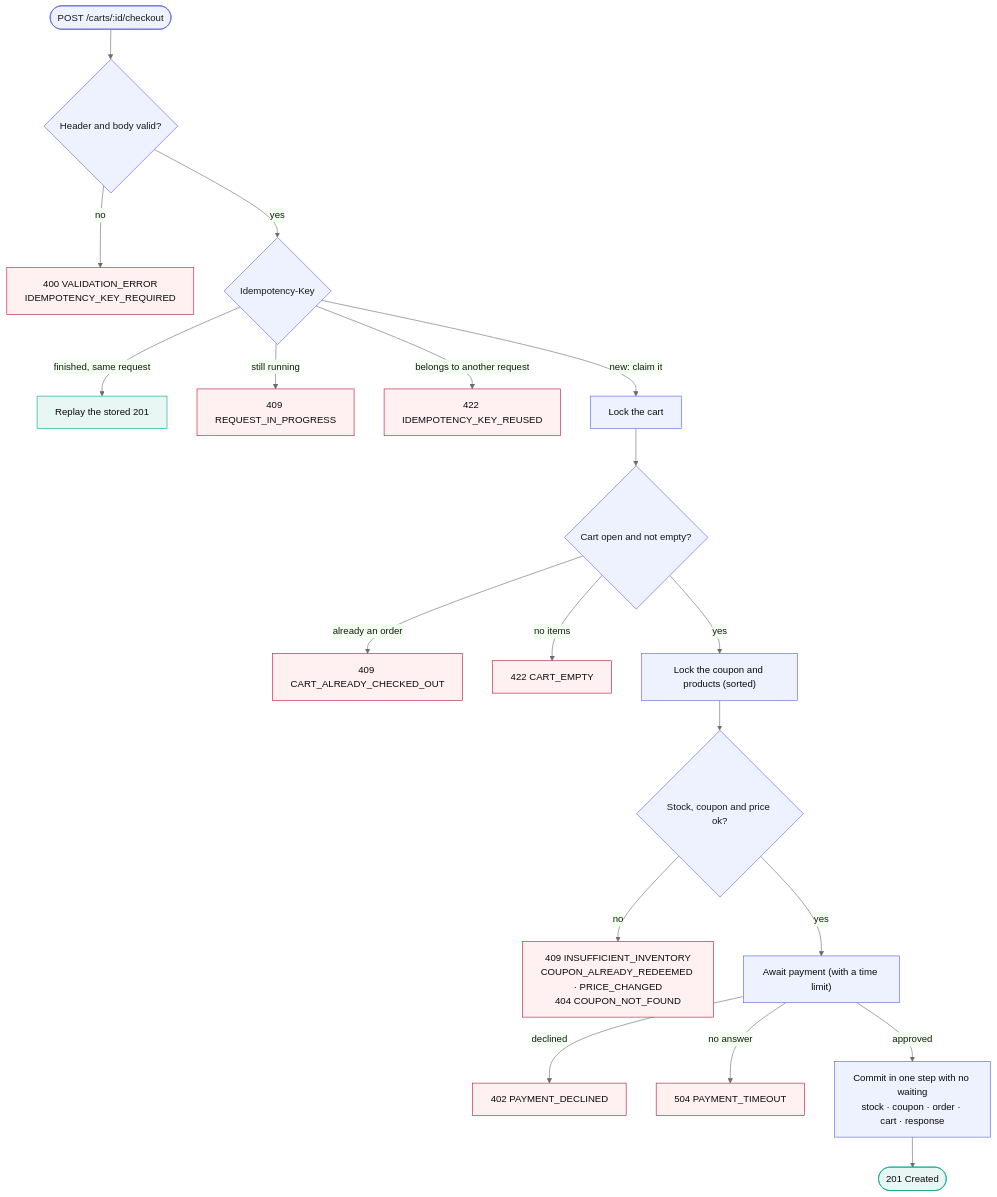
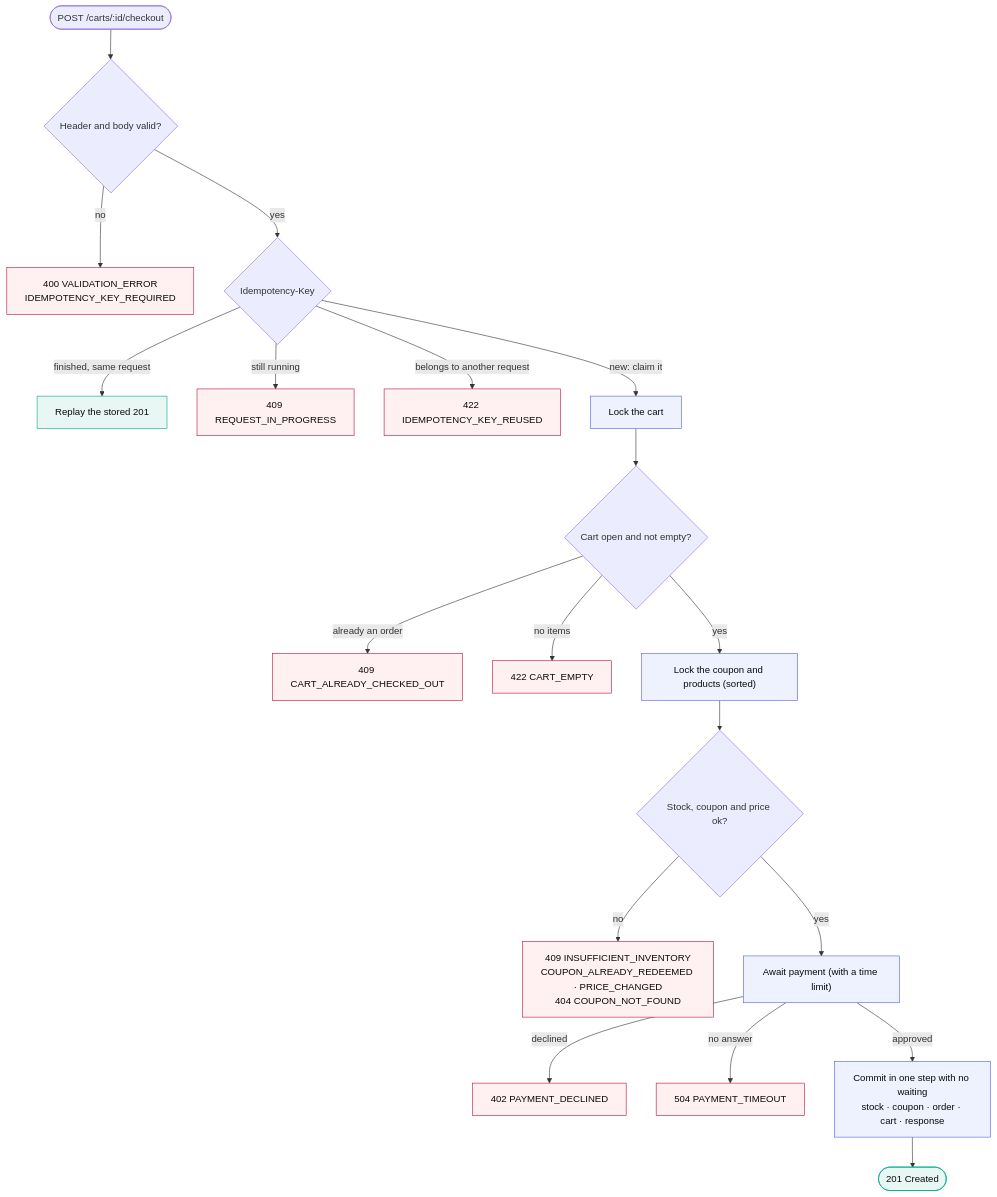
One commit to rahuljhas/ublinox changed the fourth of 9 diagrams in DECISIONS.md. Above: the diagram before and after it, drawn with Mermaid. The commit also changed other lines of this file, not shown here.

Commit message:
Make diagrams readable in light and dark mode: let arrows and labels follow the viewer's theme

````diff
--- a/DECISIONS.md
+++ b/DECISIONS.md
@@ -427,28 +427,28 @@
 ```mermaid
-%%{init: {'theme': 'base', 'themeVariables': {'primaryColor': '#eef2ff', 'primaryBorderColor': '#5a5fe5', 'primaryTextColor': '#18181b', 'lineColor': '#6b6b73'}}}%%
+%%{init: {'themeVariables': {'primaryColor': '#eef2ff', 'primaryBorderColor': '#5a5fe5', 'primaryTextColor': '#18181b', 'clusterBkg': 'transparent', 'clusterBorder': '#8c8ca1', 'actorBkg': '#eef2ff', 'actorBorder': '#5a5fe5', 'actorTextColor': '#18181b', 'noteBkgColor': '#fff7ed', 'noteBorderColor': '#c2410c', 'noteTextColor': '#18181b'}}}%%
 flowchart TD
   A(["POST /carts/:id/checkout"]) --> B{"Header and body valid?"}
   B -- "no" --> E1["400 VALIDATION_ERROR<br/>IDEMPOTENCY_KEY_REQUIRED"]
   B -- "yes" --> C{"Idempotency-Key"}
   C -- "finished, same request" --> R1["Replay the stored 201"]
   C -- "still running" --> E2["409 REQUEST_IN_PROGRESS"]
   C -- "belongs to another request" --> E3["422 IDEMPOTENCY_KEY_REUSED"]
   C -- "new: claim it" --> D["Lock the cart"]
   D --> F{"Cart open and not empty?"}
   F -- "already an order" --> E4["409 CART_ALREADY_CHECKED_OUT"]
   F -- "no items" --> E5["422 CART_EMPTY"]
   F -- "yes" --> G["Lock the coupon and products (sorted)"]
   G --> H{"Stock, coupon and price ok?"}
   H -- "no" --> E6["409 INSUFFICIENT_INVENTORY<br/>COUPON_ALREADY_REDEEMED · PRICE_CHANGED<br/>404 COUPON_NOT_FOUND"]
   H -- "yes" --> I["Await payment (with a time limit)"]
   I -- "declined" --> E7["402 PAYMENT_DECLINED"]
   I -- "no answer" --> E8["504 PAYMENT_TIMEOUT"]
   I -- "approved" --> J["Commit in one step with no waiting<br/>stock · coupon · order · cart · response"]
   J --> K(["201 Created"])
   classDef ok fill:#e8f7f3,stroke:#01a88d,color:#0b0b0d
   classDef bad fill:#fff1f2,stroke:#be123c,color:#0b0b0d
   classDef step fill:#eef2ff,stroke:#5a5fe5,color:#0b0b0d
   class K,R1 ok
   class E1,E2,E3,E4,E5,E6,E7,E8 bad
   class D,G,I,J step
 ```
````
